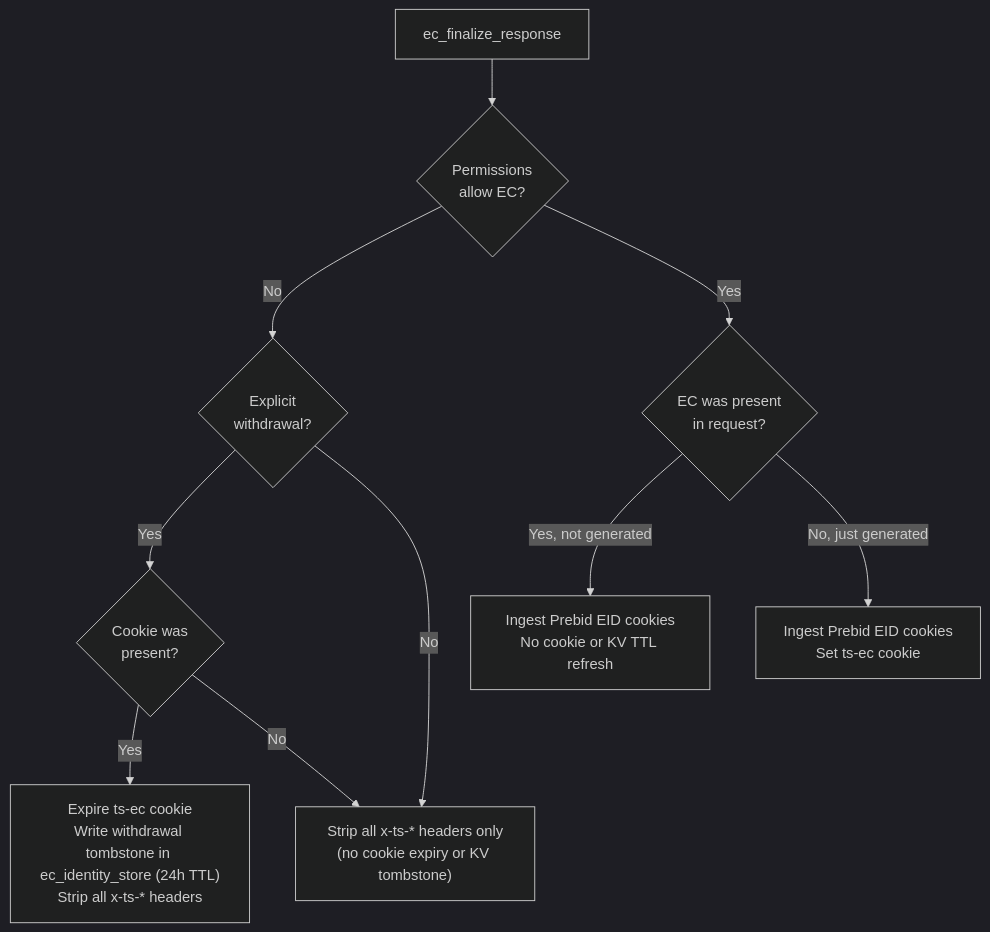
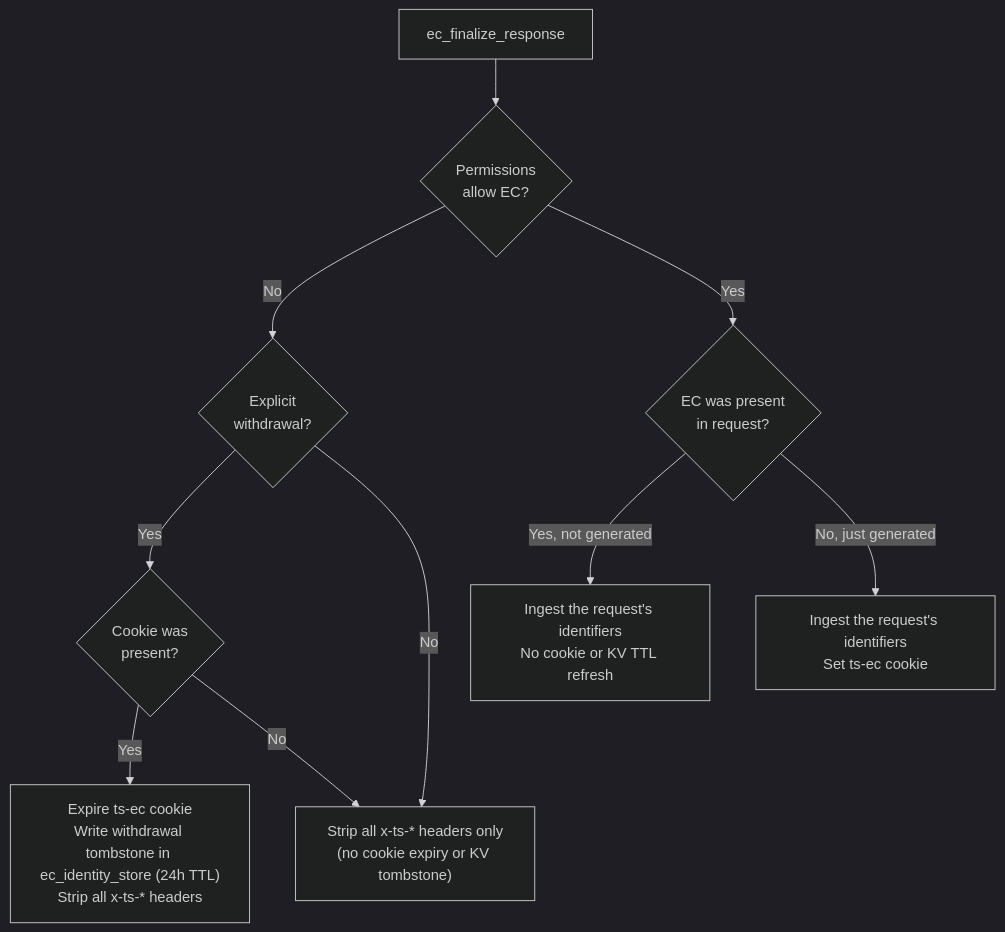
One commit to IABTechLab/trusted-server changed the second of 7 diagrams in docs/guide/edge-cookies.md. Above: the diagram before and after it, drawn with Mermaid (dark theme). The commit also changed other lines of this file and 26 other files, not shown here.

````diff
--- a/docs/guide/edge-cookies.md
+++ b/docs/guide/edge-cookies.md
@@ -72,14 +72,14 @@
 ```mermaid
 flowchart TD
     Start[ec_finalize_response] --> ConsentCheck{Permissions<br/>allow EC?}
 
     ConsentCheck -- "No" --> ExplicitWithdrawal{Explicit<br/>withdrawal?}
     ExplicitWithdrawal -- "Yes" --> CookiePresent{Cookie was<br/>present?}
     CookiePresent -- "Yes" --> Withdraw["Expire ts-ec cookie<br/>Write withdrawal tombstone in ec_identity_store (24h TTL)<br/>Strip all x-ts-* headers"]
     CookiePresent -- "No" --> HeaderOnly["Strip all x-ts-* headers only<br/>(no cookie expiry or KV tombstone)"]
     ExplicitWithdrawal -- "No" --> HeaderOnly
 
     ConsentCheck -- "Yes" --> WasPresent{EC was present<br/>in request?}
-    WasPresent -- "Yes, not generated" --> Returning["Ingest Prebid EID cookies<br/>No cookie or KV TTL refresh"]
-    WasPresent -- "No, just generated" --> NewEc["Ingest Prebid EID cookies<br/>Set ts-ec cookie"]
+    WasPresent -- "Yes, not generated" --> Returning["Ingest the request's identifiers<br/>No cookie or KV TTL refresh"]
+    WasPresent -- "No, just generated" --> NewEc["Ingest the request's identifiers<br/>Set ts-ec cookie"]
 ```
````
